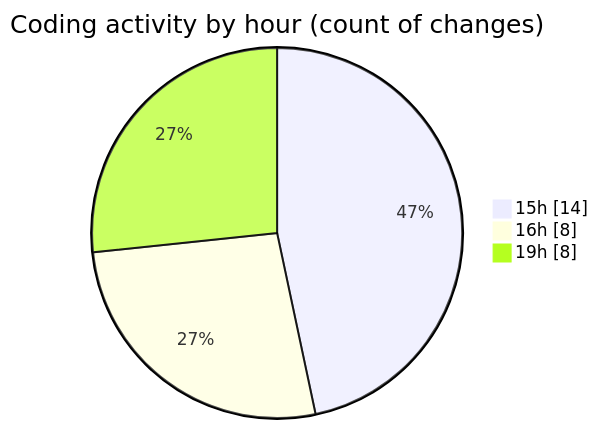
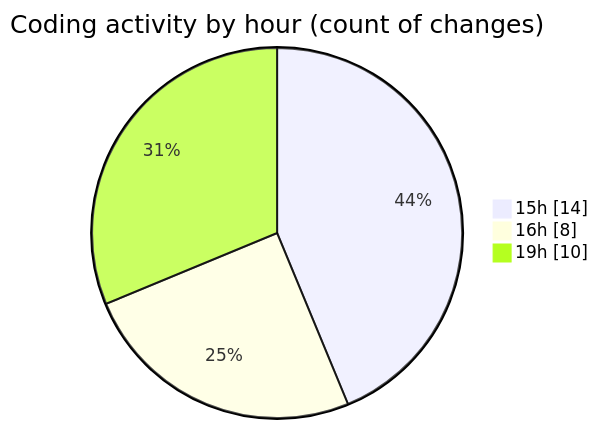
One commit to nxtqubesakshisongat/code-tracking changed the second of 2 diagrams in 2026-07-26/nxtqube_webapp/README.md. Above: the diagram before and after it, drawn with Mermaid. The commit also changed other lines of this file and 1 other file, not shown here.

````diff
--- a/2026-07-26/nxtqube_webapp/README.md
+++ b/2026-07-26/nxtqube_webapp/README.md
@@ -43,7 +44,7 @@
 ```mermaid
 pie showData
 title Coding activity by hour (count of changes)
 "15h" : 14
 "16h" : 8
-"19h" : 8
+"19h" : 10
 ```
````
